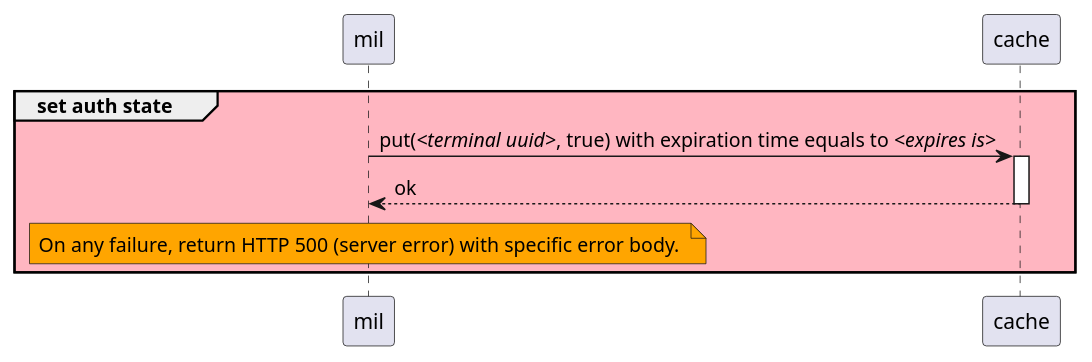
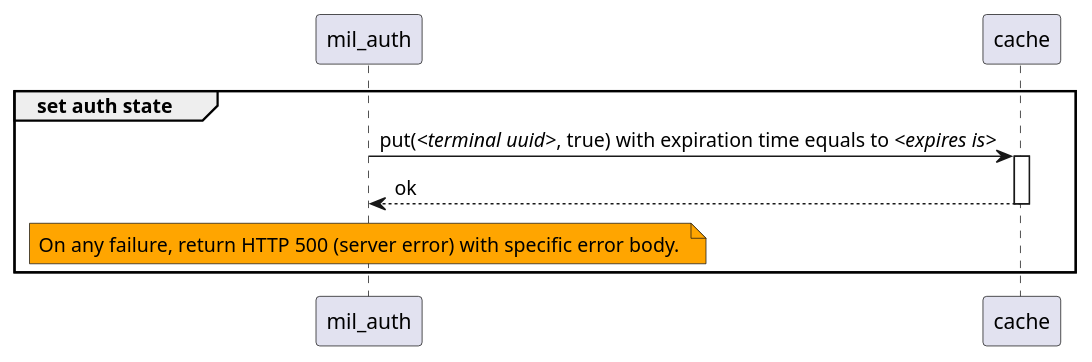
One commit to pagopa/mil-diags changed the diagram in sequence_diags/pagoPA/pos_management/store_auth_state.puml. Above: the diagram before and after it, drawn with PlantUML. The commit also changed 37 other files, not shown here.

```diff
--- a/sequence_diags/pagoPA/pos_management/store_auth_state.puml
+++ b/sequence_diags/pagoPA/pos_management/store_auth_state.puml
@@ -1,8 +1,8 @@
-group #FFB6C1 set auth state
-    mil -> cache ++ : put(//<terminal uuid>//, true) with expiration time equals to //<expires is>//
-    cache --> mil -- : ok
+group set auth state
+    mil_auth -> cache ++ : put(//<terminal uuid>//, true) with expiration time equals to //<expires is>//
+    cache --> mil_auth -- : ok
 
-    note over mil #Orange
+    note over mil_auth #Orange
 	    On any failure, return HTTP 500 (server error) with specific error body. 
     end note
 end
```
